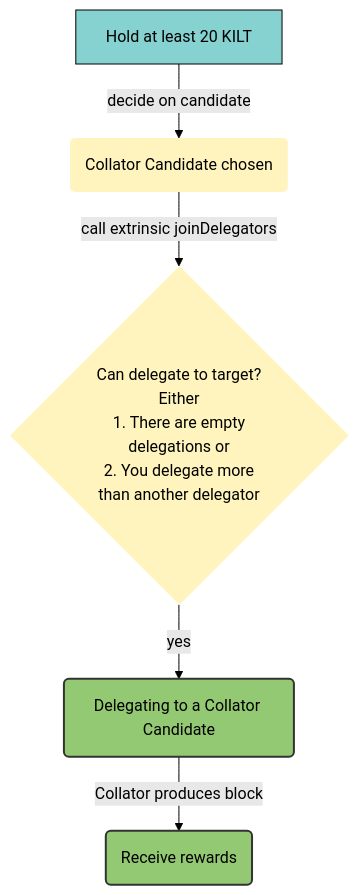
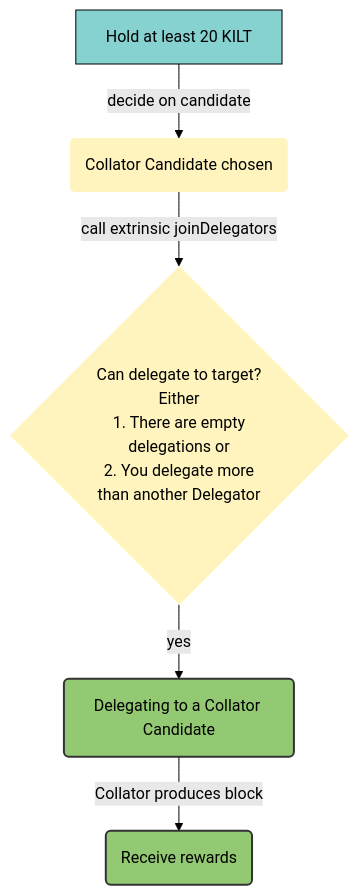
The first of 2 diagrams in docs/participate/01_Staking/03_Delegate/02_become.md (KILTprotocol/docs), drawn with Mermaid (forest theme) before and after one commit. The commit also changed other lines of this file and 21 other files, not shown here.

````diff
--- a/docs/participate/01_Staking/03_Delegate/02_become.md
+++ b/docs/participate/01_Staking/03_Delegate/02_become.md
@@ -36,20 +36,20 @@
 ```mermaid
 flowchart TD
    A["Hold at least 20 KILT"] --> |"decide on candidate"| B("Collator Candidate chosen");
-   B --> |"call extrinsic joinDelegators"| C{"Can delegate to target? \n Either \n 1. There are empty \n delegations or \n 2. You delegate more \n than another delegator"};
+   B --> |"call extrinsic joinDelegators"| C{"Can delegate to target? \n Either \n 1. There are empty \n delegations or \n 2. You delegate more \n than another Delegator"};
    C --> |yes| D("Delegating to a Collator Candidate")
    D --> |"Collator produces block"| E("Receive rewards")
     %% Styles
     A:::unstakedFreeKilt
     B:::preDelegationCheck
     C:::preDelegationCheck
     D:::activelyDelegating
     E:::activelyDelegating
     
     %% StyleDef
     classDef preDelegationCheck fill:#FFF4BD,stroke:none;
     classDef notDelegating fill:#F1C0B9, stroke:black, stroke-width:1px;;
     classDef unstakedFreeKilt fill:#85D2D0,stroke:black, stroke-width:1px;
     classDef activelyDelegating fill:#94C973,stroke:#333, stroke-width:2px;
     classDef preUnlockStaked fill:#F37970, stroke:black;
 ```
````
